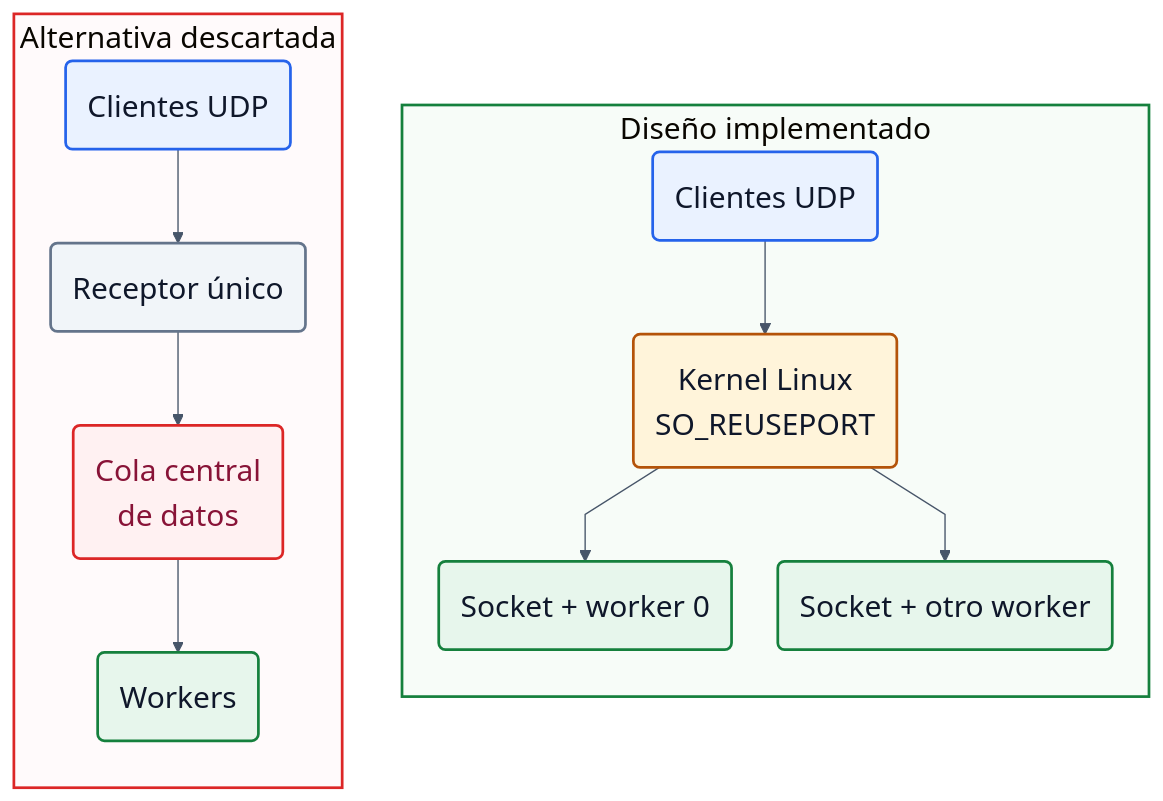
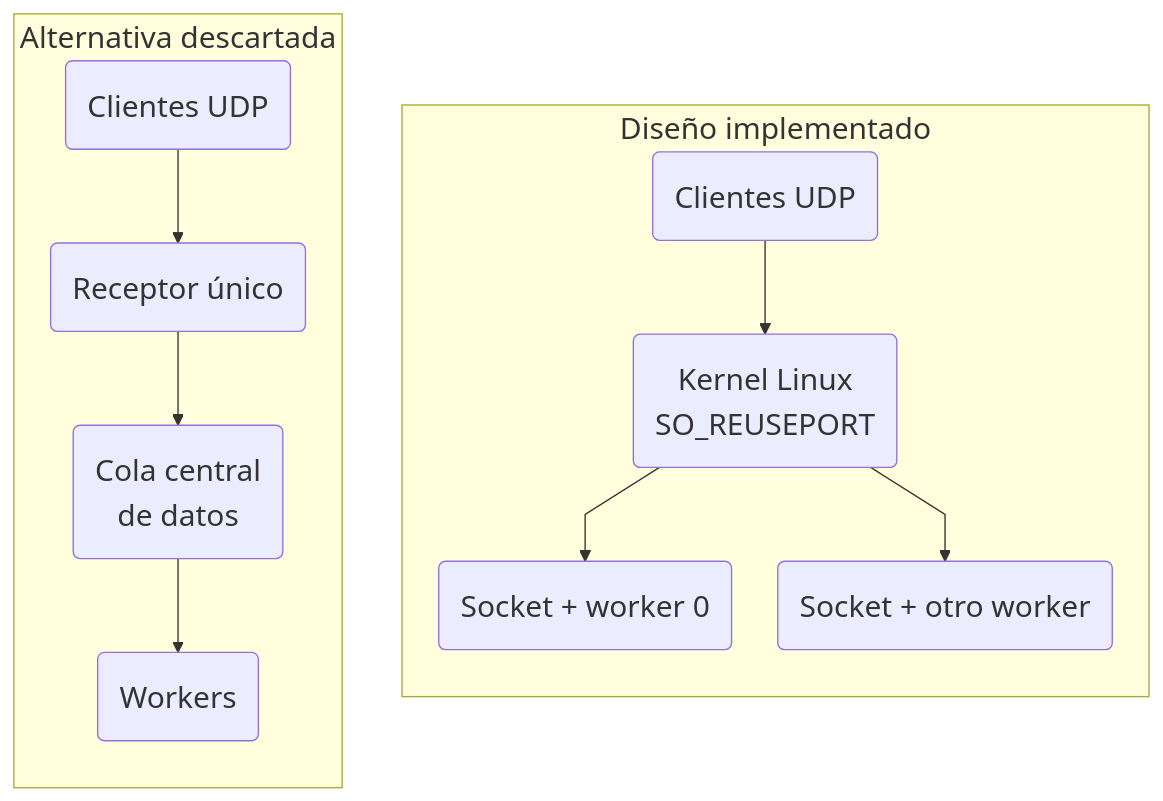
One commit to Poonns/Universidad changed the second of 2 diagrams in 3º/ARC/Proyecto/udp/ARQUITECTURA.md. Above: the diagram before and after it, drawn with Mermaid. The commit also changed other lines of this file and 1 other file, not shown here.

Commit message:
actualizacion

````diff
--- a/3º/ARC/Proyecto/udp/ARQUITECTURA.md
+++ b/3º/ARC/Proyecto/udp/ARQUITECTURA.md
@@ -119,47 +108,34 @@
 ```mermaid
 ---
 config:
-  theme: base
   look: classic
   fontFamily: Arial, sans-serif
   fontSize: 22
   markdownAutoWrap: false
   themeVariables:
     fontFamily: Arial, sans-serif
     fontSize: 22px
-    primaryTextColor: '#0f172a'
-    lineColor: '#475569'
-    clusterBkg: '#f8fafc'
-    clusterBorder: '#cbd5e1'
   flowchart:
     curve: linear
     nodeSpacing: 34
     rankSpacing: 44
     padding: 16
     wrappingWidth: 340
 ---
 flowchart LR
     accTitle: Reparto de carga: alternativa descartada y diseño implementado
     accDescr: La alternativa descartada concentra la recepción en una cola central. En el diseño implementado SO_REUSEPORT distribuye directamente a cada socket y worker.
     subgraph A["Alternativa descartada"]
         direction TB
-        C1("Clientes UDP"):::cliente --> U("Receptor único"):::neutro
-        U --> Q("Cola central<br/>de datos"):::error
-        Q --> WA("Workers"):::worker
+        C1("Clientes UDP") --> U("Receptor único")
+        U --> Q("Cola central<br/>de datos")
+        Q --> WA("Workers")
     end
     subgraph B["Diseño implementado"]
         direction TB
-        C2("Clientes UDP"):::cliente --> K("Kernel Linux<br/>SO_REUSEPORT"):::kernel
-        K --> W0("Socket + worker 0"):::worker
-        K --> W1("Socket + otro worker"):::worker
+        C2("Clientes UDP") --> K("Kernel Linux<br/>SO_REUSEPORT")
+        K --> W0("Socket + worker 0")
+        K --> W1("Socket + otro worker")
     end
     A ~~~ B
-    style A fill:#fffafb,stroke:#dc2626,stroke-width:2px
-    style B fill:#f7fcf8,stroke:#15803d,stroke-width:2px
-    classDef cliente fill:#eaf2ff,stroke:#2563eb,color:#0f172a,stroke-width:2px
-    classDef kernel fill:#fff4da,stroke:#b45309,color:#0f172a,stroke-width:2px
-    classDef worker fill:#e7f6ec,stroke:#15803d,color:#0f172a,stroke-width:2px
-    classDef control fill:#f1eafd,stroke:#7c3aed,color:#0f172a,stroke-width:2px
-    classDef neutro fill:#f1f5f9,stroke:#64748b,color:#0f172a,stroke-width:2px
-    classDef error fill:#fff1f2,stroke:#dc2626,color:#881337,stroke-width:2px
 ```
````
